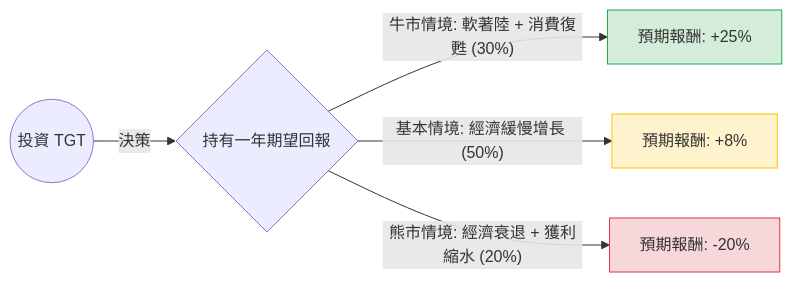
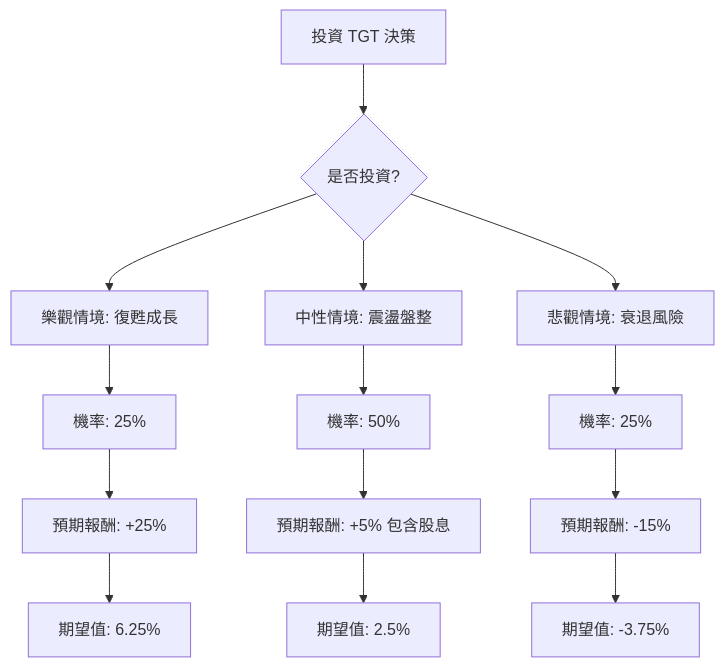
Before and after one commit to zmcx16/zmcx16.github.io: the diagram in plugin-react/ai-analysis/ev-analysis/TGT.md, drawn with Mermaid. The commit also changed other lines of this file and 83 other files, not shown here.

````diff
--- a/plugin-react/ai-analysis/ev-analysis/TGT.md
+++ b/plugin-react/ai-analysis/ev-analysis/TGT.md
@@ -20,12 +33,20 @@
 ```mermaid
-graph LR
-    Root((投資 TGT)) -- 決策 --> Decision{持有一年期望回報}
+graph TD
+    Start[投資 TGT 決策] --> Invest{是否投資?}
+    
+    Invest --> Bull[樂觀情境: 復甦成長]
+    Invest --> Base[中性情境: 震盪盤整]
+    Invest --> Bear[悲觀情境: 衰退風險]
 
-    Decision -- 牛市情境: 軟著陸 + 消費復甦 (30%) --> Bull[預期報酬: +25%]
-    Decision -- 基本情境: 經濟緩慢增長 (50%) --> Base[預期報酬: +8%]
-    Decision -- 熊市情境: 經濟衰退 + 獲利縮水 (20%) --> Bear[預期報酬: -20%]
+    Bull --> Bull_P[機率: 25%]
+    Bull_P --> Bull_R[預期報酬: +25%]
+    Bull_R --> Bull_EV[期望值: 6.25%]
 
-    style Bull fill:#d4edda,stroke:#28a745
-    style Base fill:#fff3cd,stroke:#ffc107
-    style Bear fill:#f8d7da,stroke:#dc3545
+    Base --> Base_P[機率: 50%]
+    Base_P --> Base_R[預期報酬: +5% 包含股息]
+    Base_R --> Base_EV[期望值: 2.5%]
+
+    Bear --> Bear_P[機率: 25%]
+    Bear_P --> Bear_R[預期報酬: -15%]
+    Bear_R --> Bear_EV[期望值: -3.75%]
 ```
````
